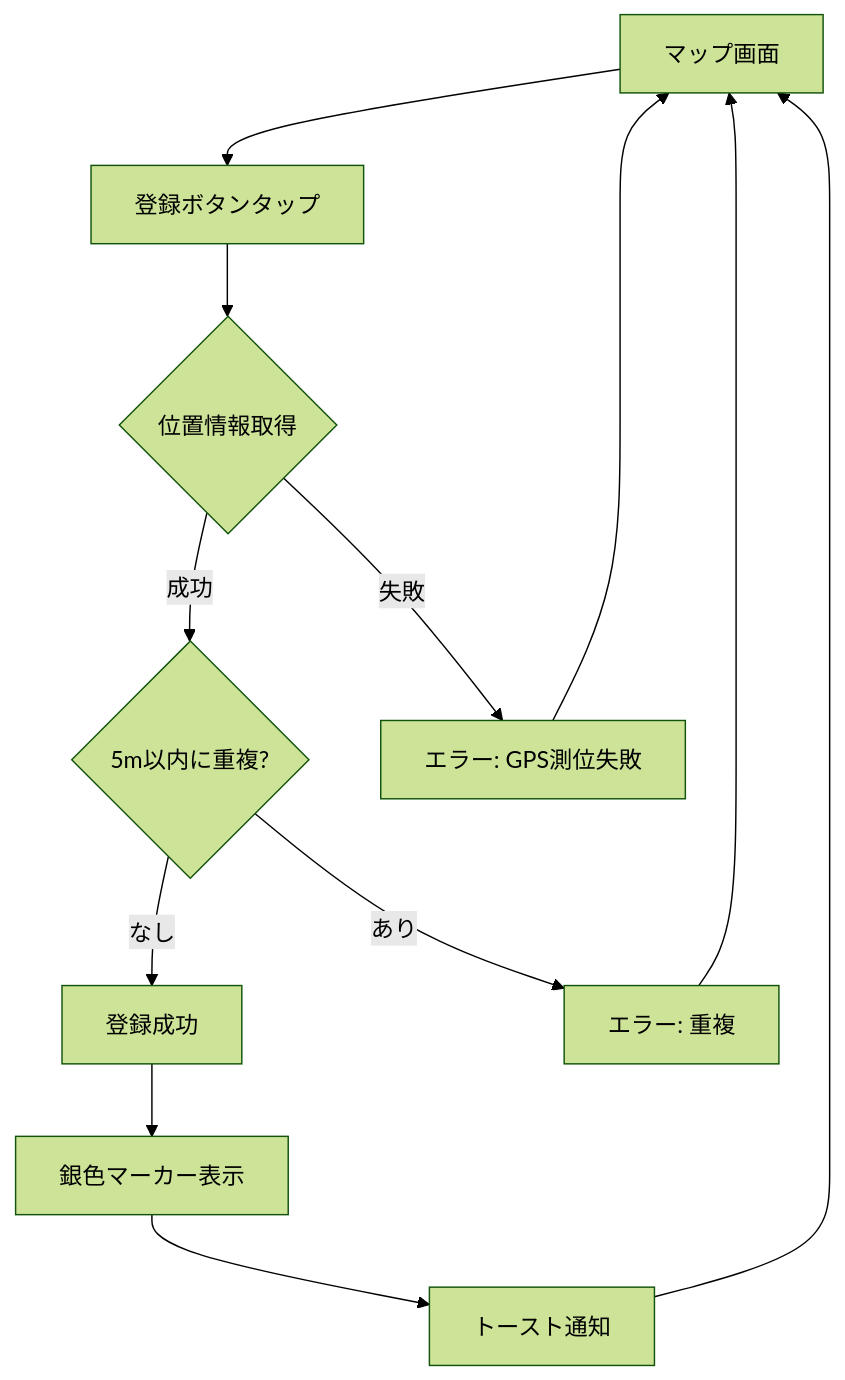
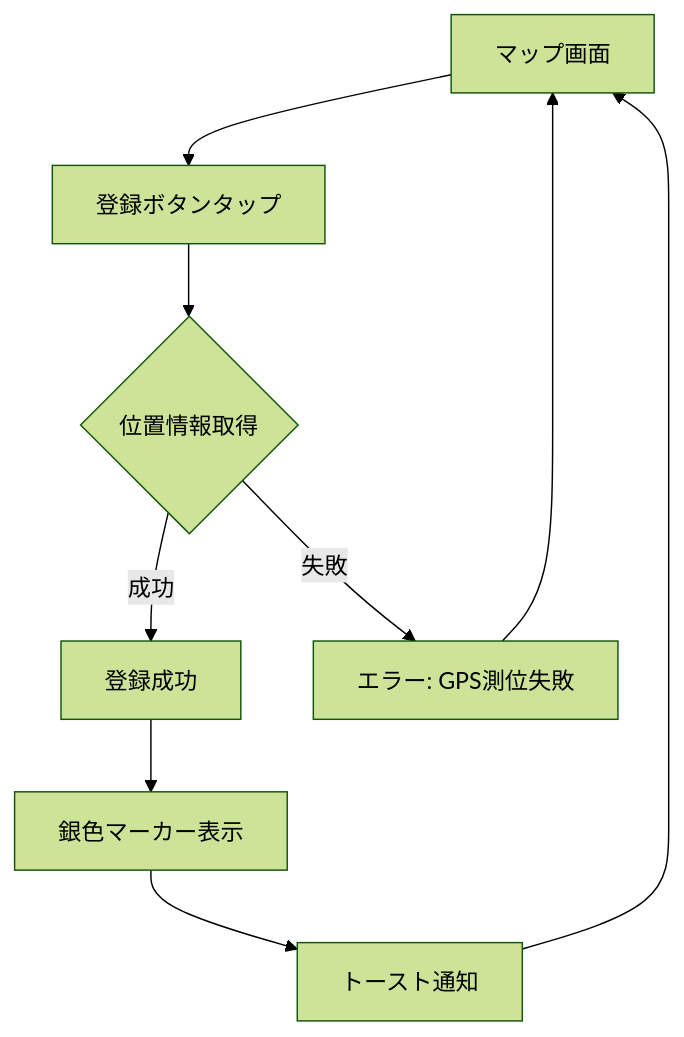
One commit to Lighthouse-projects/dqwfuntool_medalcompass changed the first of 2 diagrams in documents/3_機能設計書.md. Above: the diagram before and after it, drawn with Mermaid (forest theme). The commit also changed other lines of this file and 9 other files, not shown here.

````diff
--- a/documents/3_機能設計書.md
+++ b/documents/3_機能設計書.md
@@ -566,14 +587,11 @@
 ```mermaid
 graph TD
     A[マップ画面] --> B[登録ボタンタップ]
     B --> C{位置情報取得}
-    C -->|成功| D{5m以内に重複?}
+    C -->|成功| D[登録成功]
     C -->|失敗| E[エラー: GPS測位失敗]
-    D -->|なし| F[登録成功]
-    D -->|あり| G[エラー: 重複]
-    F --> H[銀色マーカー表示]
-    H --> I[トースト通知]
+    D --> F[銀色マーカー表示]
+    F --> G[トースト通知]
     E --> A
     G --> A
-    I --> A
 ```
````
